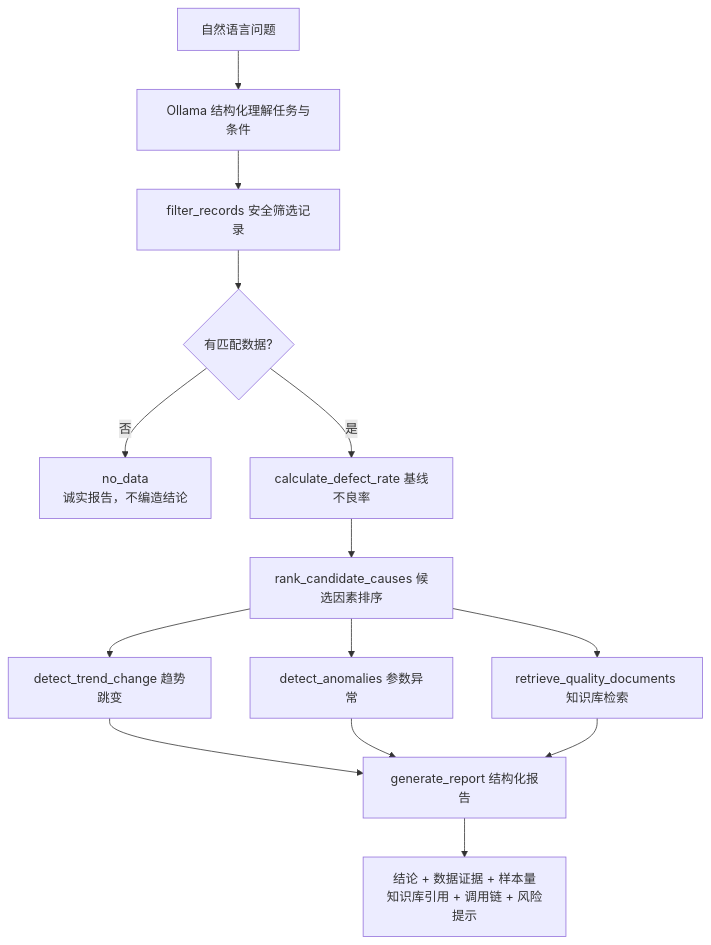
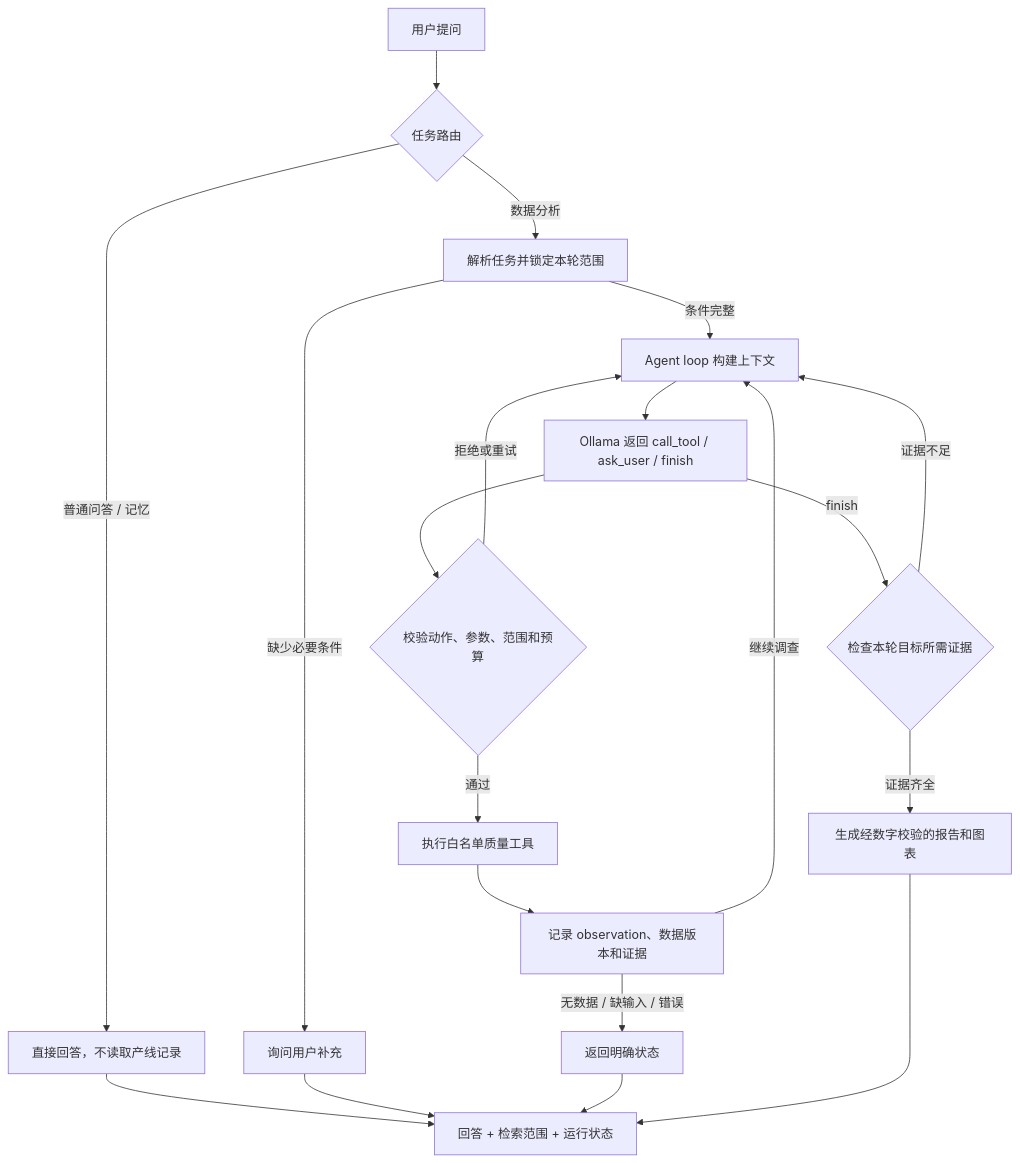
Before and after one commit to Satulalala/manufacturing-quality-agent: the second of 4 diagrams in README.md, drawn with Mermaid. The commit also changed other lines of this file and 110 other files, not shown here.

Commit message:
feat: ship quality workbench and controlled agent loop

````diff
--- a/README.md
+++ b/README.md
@@ -228,14 +247,19 @@
 ```mermaid
 flowchart TD
-    Q[自然语言问题] --> P[Ollama 结构化理解任务与条件]
-    P --> F[filter_records 安全筛选记录]
-    F --> D{有匹配数据?}
-    D -- 否 --> ND[no_data<br/>诚实报告，不编造结论]
-    D -- 是 --> B[calculate_defect_rate 基线不良率]
-    B --> R[rank_candidate_causes 候选因素排序]
-    R --> TR[detect_trend_change 趋势跳变]
-    R --> AN[detect_anomalies 参数异常]
-    R --> K[retrieve_quality_documents 知识库检索]
-    TR & AN & K --> G[generate_report 结构化报告]
-    G --> OUT[结论 + 数据证据 + 样本量<br/>知识库引用 + 调用链 + 风险提示]
+    Q[用户提问] --> R{任务路由}
+    R -->|普通问答 / 记忆| DA[直接回答，不读取产线记录]
+    R -->|数据分析| P[解析任务并锁定本轮范围]
+    P -->|缺少必要条件| ASK[询问用户补充]
+    P -->|条件完整| L[Agent loop 构建上下文]
+    L --> M[Ollama 返回 call_tool / ask_user / finish]
+    M --> V{校验动作、参数、范围和预算}
+    V -->|拒绝或重试| L
+    V -->|通过| T[执行白名单质量工具]
+    T --> O[记录 observation、数据版本和证据]
+    O -->|继续调查| L
+    O -->|无数据 / 缺输入 / 错误| S[返回明确状态]
+    M -->|finish| G{检查本轮目标所需证据}
+    G -->|证据不足| L
+    G -->|证据齐全| H[生成经数字校验的报告和图表]
+    DA & ASK & S & H --> OUT[回答 + 检索范围 + 运行状态]
 ```
````
